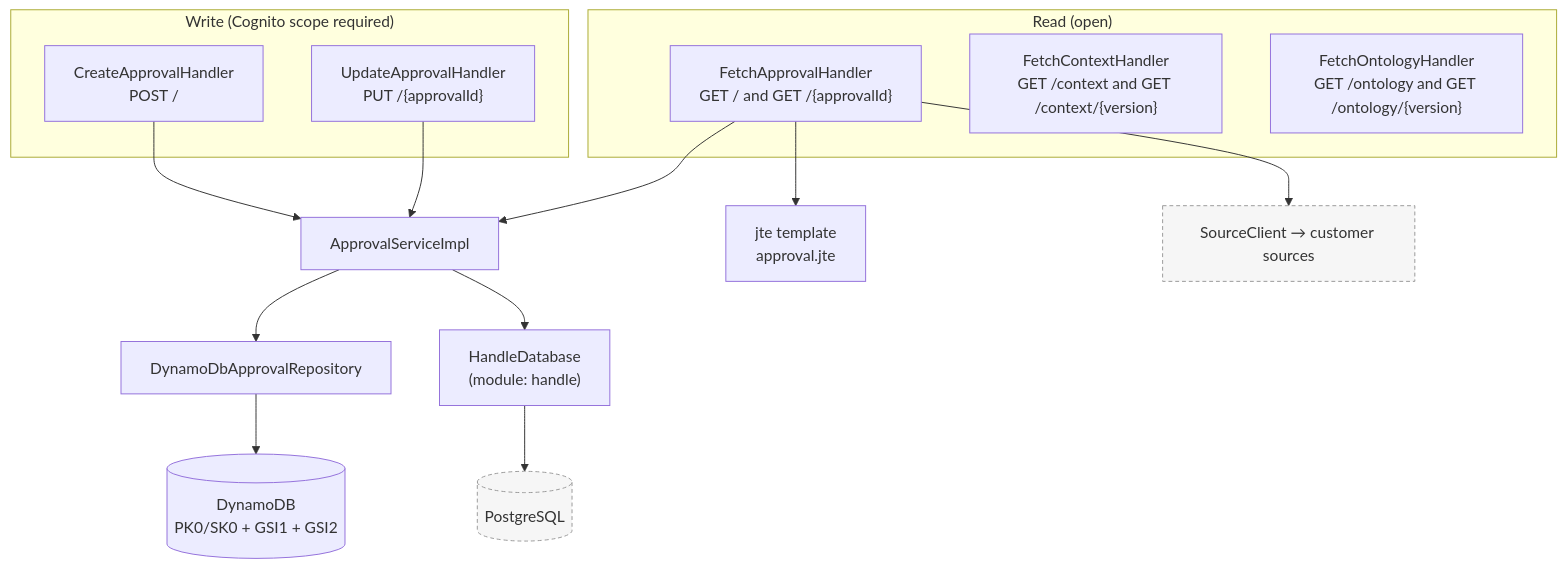
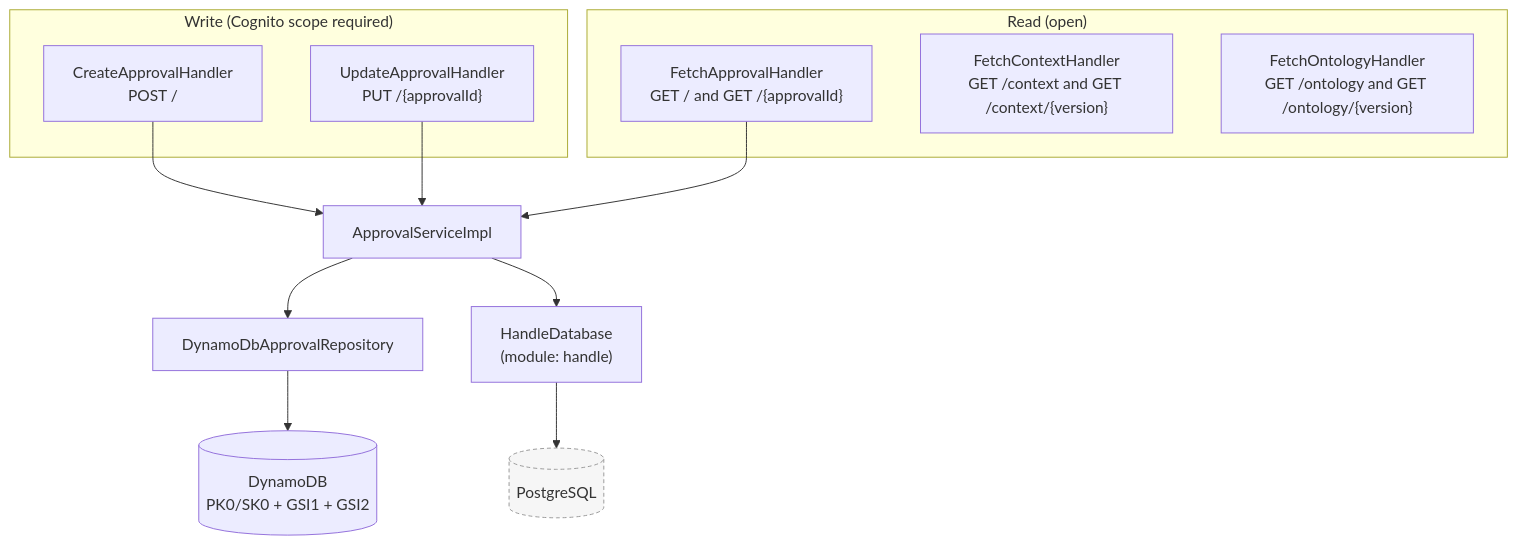
The first of 3 diagrams in approvals/README.md (BIBSYSDEV/nva-handle-service), drawn with Mermaid before and after one commit. The commit also changed other lines of this file and 22 other files, not shown here.

````diff
--- a/approvals/README.md
+++ b/approvals/README.md
@@ -12,28 +12,25 @@
 ```mermaid
 flowchart TB
     subgraph write["Write (Cognito scope required)"]
         CA["CreateApprovalHandler<br/>POST /"]
         UA["UpdateApprovalHandler<br/>PUT /{approvalId}"]
     end
 
     subgraph read["Read (open)"]
         FA["FetchApprovalHandler<br/>GET / and GET /{approvalId}"]
         FC["FetchContextHandler<br/>GET /context and GET /context/{version}"]
         FO["FetchOntologyHandler<br/>GET /ontology and GET /ontology/{version}"]
     end
 
     CA --> SVC["ApprovalServiceImpl"]
     UA --> SVC
     FA --> SVC
 
     SVC --> REPO["DynamoDbApprovalRepository"]
     SVC --> HDB["HandleDatabase<br/>(module: handle)"]
     HDB --> PG[("PostgreSQL")]
     REPO --> DDB[("DynamoDB<br/>PK0/SK0 + GSI1 + GSI2")]
 
-    FA --> JTE["jte template<br/>approval.jte"]
-    FA --> DMP["SourceClient → customer sources"]
-
     classDef ext fill:#f6f6f6,stroke:#999,stroke-dasharray: 4 3
-    class PG,DMP ext
+    class PG ext
 ```
````
